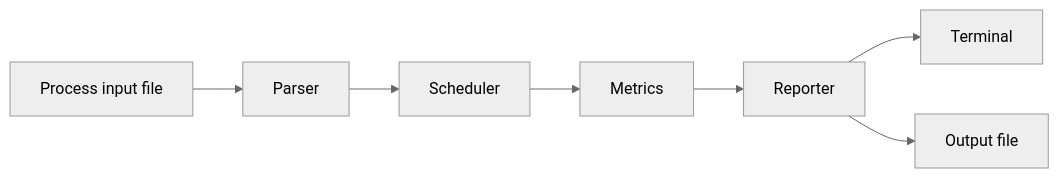
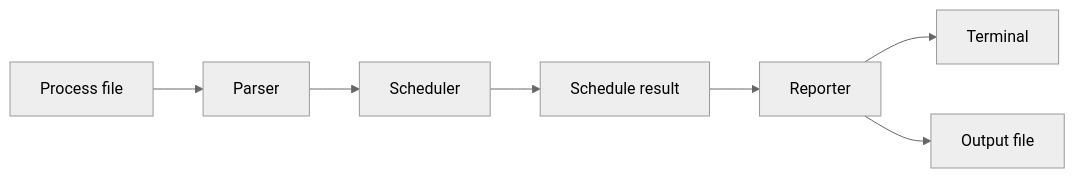
Before and after one commit to MerveilleDivine/cpu-scheduler-simulator: the diagram in README.md, drawn with Mermaid (neutral theme). The commit also changed other lines of this file, not shown here.

````diff
--- a/README.md
+++ b/README.md
@@ -41,9 +56,9 @@
 ```mermaid
 flowchart LR
-    A[Process input file] --> B[Parser]
+    A[Process file] --> B[Parser]
     B --> C[Scheduler]
-    C --> D[Metrics]
+    C --> D[Schedule result]
     D --> E[Reporter]
     E --> F[Terminal]
     E --> G[Output file]
 ```
````
